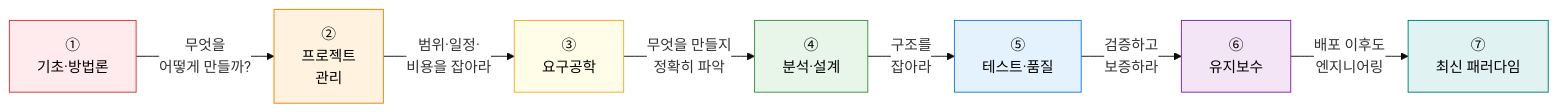
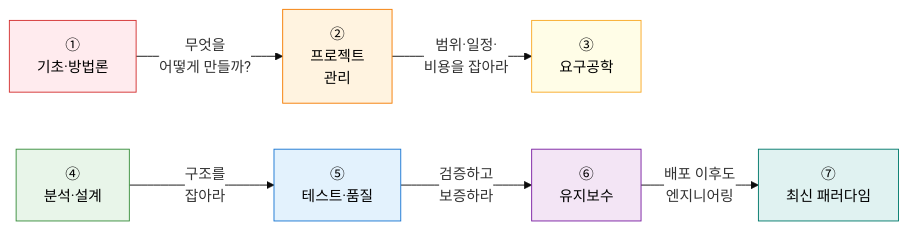
Before and after one commit to jeonck/itpe-KM: the diagram in content/docs/01-software-engineering/_index.md, drawn with Mermaid.

Commit message:
style: 소프트웨어공학 로드맵 3+4 두 행으로 분리 (disconnected chains)

````diff
--- a/content/docs/01-software-engineering/_index.md
+++ b/content/docs/01-software-engineering/_index.md
@@ -11,18 +11,17 @@
 ```mermaid
 %%{init: { 'theme': 'base', 'themeVariables': { 'edgeLabelBackground': '#fff' }}}%%
 flowchart LR
     A["①<br/>기초·방법론"] --"무엇을<br/>어떻게 만들까?"--> B["②<br/>프로젝트<br/>관리"]
     B --"범위·일정·<br/>비용을 잡아라"--> C["③<br/>요구공학"]
-    C --"무엇을 만들지<br/>정확히 파악"--> D["④<br/>분석·설계"]
-    D --"구조를<br/>잡아라"--> E["⑤<br/>테스트·품질"]
+    D["④<br/>분석·설계"] --"구조를<br/>잡아라"--> E["⑤<br/>테스트·품질"]
     E --"검증하고<br/>보증하라"--> F["⑥<br/>유지보수"]
     F --"배포 이후도<br/>엔지니어링"--> G["⑦<br/>최신 패러다임"]
 
     style A fill:#FFEBEE,stroke:#D32F2F,color:#000
     style B fill:#FFF3E0,stroke:#F57C00,color:#000
     style C fill:#FFFDE7,stroke:#F9A825,color:#000
     style D fill:#E8F5E9,stroke:#388E3C,color:#000
     style E fill:#E3F2FD,stroke:#1976D2,color:#000
     style F fill:#F3E5F5,stroke:#7B1FA2,color:#000
     style G fill:#E0F2F1,stroke:#00796B,color:#000
 ```
````
